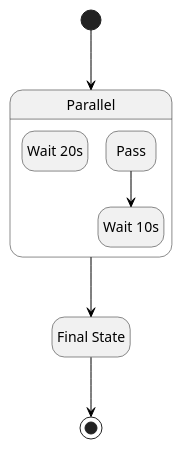
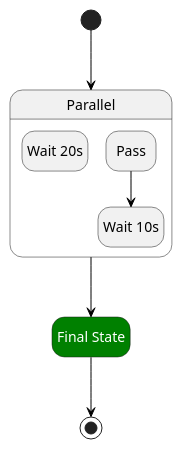
The diagram in src/__tests__/pumls/parallel.puml (massfords/asl-puml), drawn with PlantUML before and after one commit. The commit also changed 15 other files, not shown here.

```diff
--- a/src/__tests__/pumls/parallel.puml
+++ b/src/__tests__/pumls/parallel.puml
@@ -2,15 +2,22 @@
 @startuml
 hide empty description
 skinparam LineBackgroundColor #black
 skinparam ArrowColor #black
-state "Parallel" as state1 {
-state "Wait 20s" as state3
-state "Pass" as state4
-state "Wait 10s" as state5
+skinparam state {
+    BackgroundColor<<aslFail>> #red
+    FontColor<<aslFail>> #white
+
+    BackgroundColor<<aslSucceed>> #green
+    FontColor<<aslSucceed>> #white
 }
-state "Final State" as state2
+state "Parallel" as state1<<aslParallel>> {
+state "Wait 20s" as state3<<aslWait>>
+state "Pass" as state4<<aslPass>>
+state "Wait 10s" as state5<<aslWait>>
+}
+state "Final State" as state2<<aslSucceed>>
 [*] --> state1
 state1 --> state2
 state2 --> [*]
 state4 --> state5
 @enduml
```
